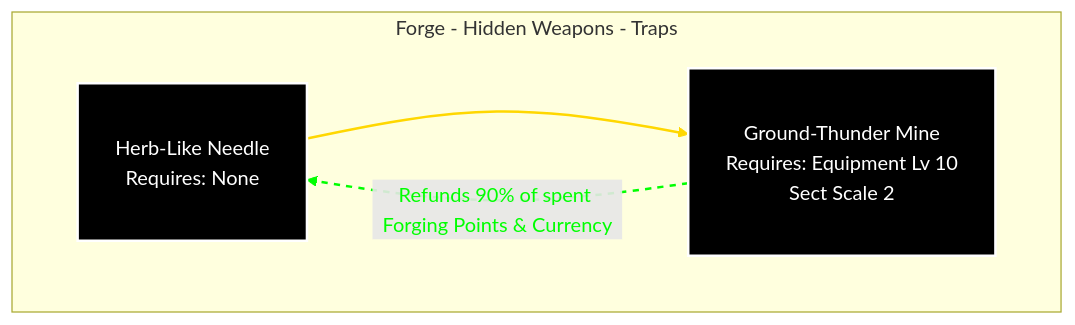
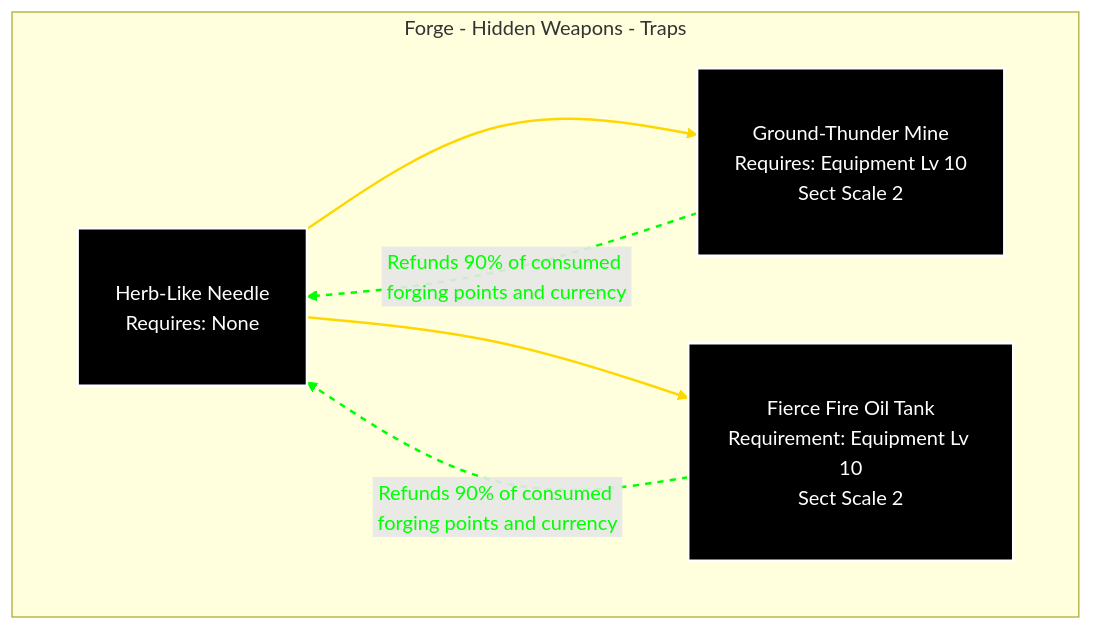
The fifth of 7 diagrams in docs/en/system/forge-roadmap.md (Mr-Smilin/LoM-wiki), drawn with Mermaid before and after one commit. The commit also changed other lines of this file and 1 other file, not shown here.

````diff
--- a/docs/en/system/forge-roadmap.md
+++ b/docs/en/system/forge-roadmap.md
@@ -192,27 +226,37 @@
 ```mermaid
 %%{init: {
   'flowchart': {
     'nodeSpacing': 70,
     'rankSpacing': 80,
     'theme': 'dark'
   }
 } }%%
 graph TB
   subgraph Forge - Hidden Weapons - Traps
     A[Herb-Like Needle<br>Requires: None]
     B[Ground-Thunder Mine<br>Requires: Equipment Lv 10<br>Sect Scale 2]
+    C[Fierce Fire Oil Tank<br>Requirement: Equipment Lv 10<br>Sect Scale 2]
   end
 
+  %% Upgrade Arrows (Yellow) + Text
   A --> B
+  A --> C
 
-  B -.->|<font color='#00FF00'>Refunds 90% of spent Forging Points & Currency</font>| A
+  %% Refund Arrows (Green) + Text
+  B -.->|<font color='#00FF00'>Refunds 90% of consumed forging points and currency</font>| A
+  C -.->|<font color='#00FF00'>Refunds 90% of consumed forging points and currency</font>| A
   
+  %% Custom Arrow Styles and Text Colors
   linkStyle 0 stroke:#FFD700,stroke-width:2px
-  linkStyle 1 stroke:#00FF00,stroke-width:2px,stroke-dasharray:5,5
+  linkStyle 1 stroke:#FFD700,stroke-width:2px
+  linkStyle 2 stroke:#00FF00,stroke-width:2px,stroke-dasharray:5,5
+  linkStyle 3 stroke:#00FF00,stroke-width:2px,stroke-dasharray:5,5
 
+  %% Node Style Settings
   classDef default padding:15px,margin:10px,fill:#000,color:#FFF
   style A stroke:#FFF,stroke-width:2px,padding:15px,margin:10px,fill:#000,color:#FFF
   style B stroke:#FFF,stroke-width:2px,padding:15px,margin:10px,fill:#000,color:#FFF
+  style C stroke:#FFF,stroke-width:2px,padding:15px,margin:10px,fill:#000,color:#FFF
 
 
 ```
````
